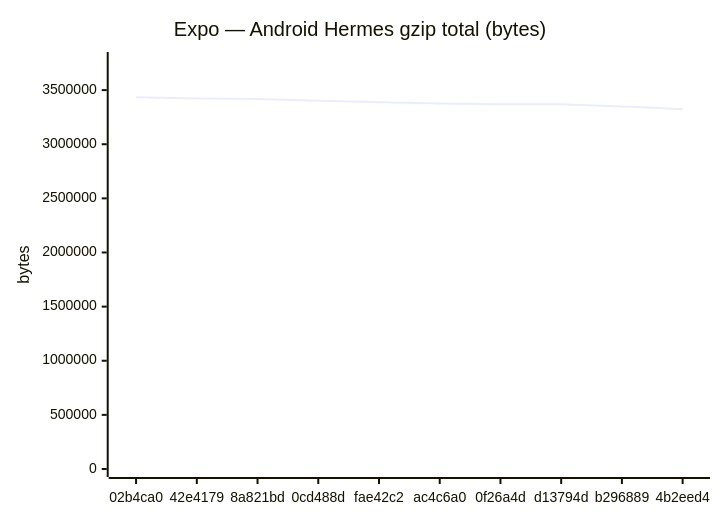
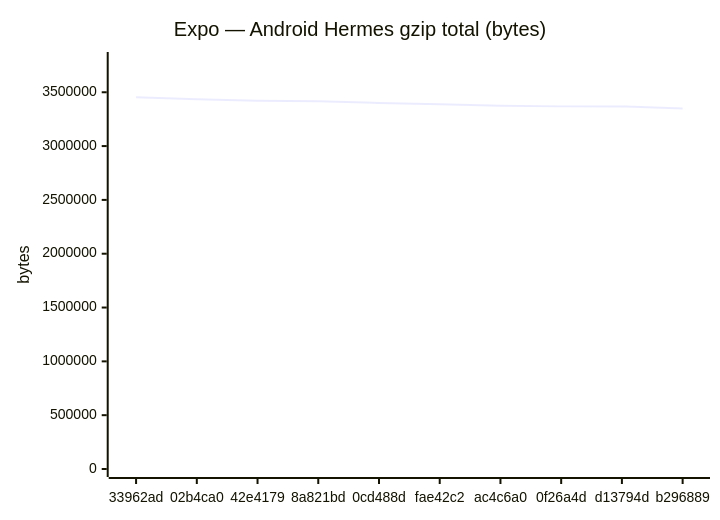
The fifth of 18 diagrams in benchmarks/compare.md (Metaheurist/Rianell), drawn with Mermaid before and after one commit. The commit also changed other lines of this file and 11 other files, not shown here.

````diff
--- a/benchmarks/compare.md
+++ b/benchmarks/compare.md
@@ -89,7 +89,7 @@
 ```mermaid
 xychart-beta
     title "Expo — Android Hermes gzip total (bytes)"
-    x-axis ["02b4ca0", "42e4179", "8a821bd", "0cd488d", "fae42c2", "ac4c6a0", "0f26a4d", "d13794d", "b296889", "4b2eed4"]
-    y-axis "bytes" 0 --> 3778099
-    line [3434635, 3421569, 3417622, 3400545, 3388765, 3375300, 3368860, 3368861, 3349208, 3324082]
+    x-axis ["33962ad", "02b4ca0", "42e4179", "8a821bd", "0cd488d", "fae42c2", "ac4c6a0", "0f26a4d", "d13794d", "b296889"]
+    y-axis "bytes" 0 --> 3799693
+    line [3454266, 3434635, 3421569, 3417622, 3400545, 3388765, 3375300, 3368860, 3368861, 3349208]
 ```
````
